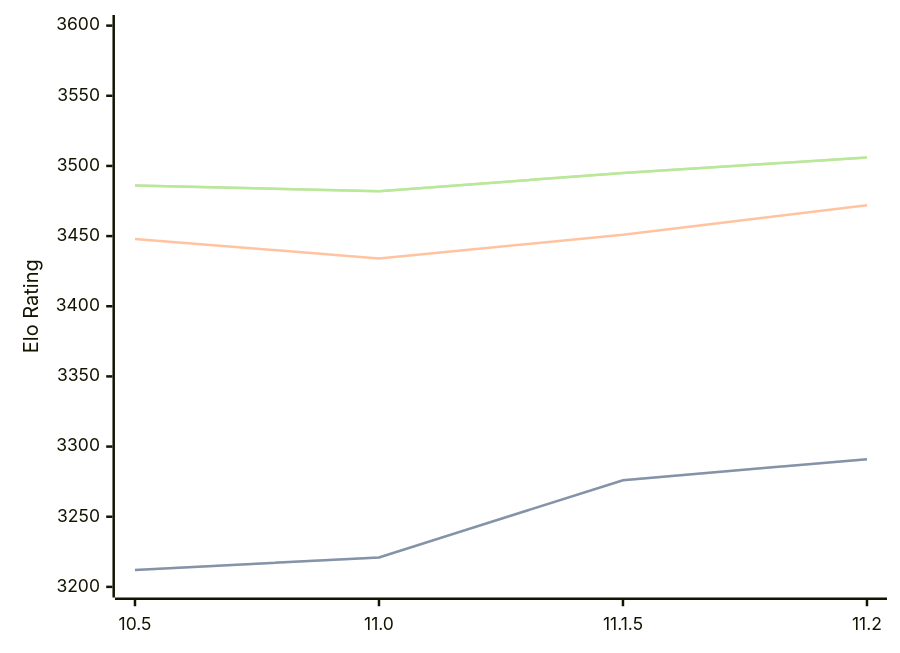
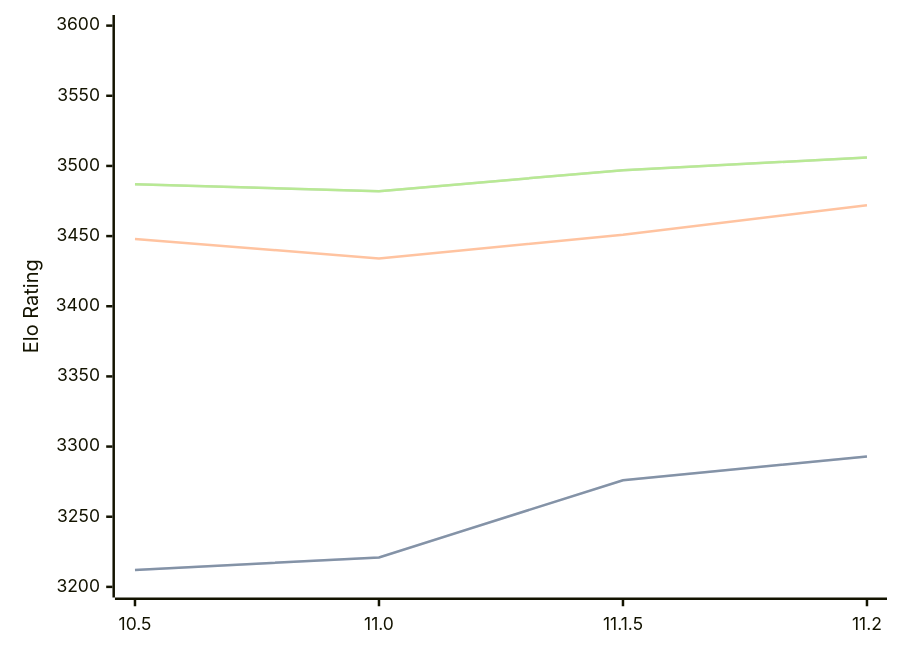
One commit to computer-chess-index/cci changed the diagram in engines/Lizard.md. Above: the diagram before and after it, drawn with Mermaid. The commit also changed other lines of this file, not shown here.

Commit message:
Update CCI Ratings (ELO VLTC) - 2026-08-17

````diff
--- a/engines/Lizard.md
+++ b/engines/Lizard.md
@@ -34,11 +34,11 @@
 ```mermaid
 %%{init: {"theme":"base","themeVariables":{"seriesColors:['#a3a3a3','#222221','#faa371']}}}%%
 xychart-beta
   x-axis ["10.5", "11.0", "11.1.5", "11.2"]
   y-axis "Elo Rating" 3200 --> 3600
-  line "STC (8.0+0.08s)" [3212, 3221, 3276, 3291]
-  line "STC (8.0+0.08s)" [3212, 3221, 3276, 3291]
+  line "STC (8.0+0.08s)" [3212, 3221, 3276, 3293]
+  line "STC (8.0+0.08s)" [3212, 3221, 3276, 3293]
   line "LTC (60.0+0.60s)" [3448, 3434, 3451, 3472]
-  line "VLTC (2m24s+1.12s)" [3486, 3482, 3495, 3506]
-  line "VLTC (2m24s+1.12s)" [3486, 3482, 3495, 3506]
+  line "VLTC (2m24s+1.12s)" [3487, 3482, 3497, 3506]
+  line "VLTC (2m24s+1.12s)" [3487, 3482, 3497, 3506]
 ```
````
